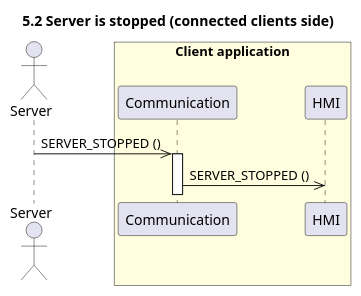
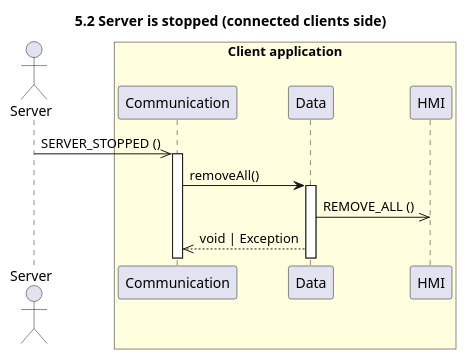
Before and after one commit to UTCAI12/Diagrams: the diagram in sequence/5.2.stop_server_others.puml, drawn with PlantUML. The commit also changed 7 other files, not shown here.

```diff
--- a/sequence/5.2.stop_server_others.puml
+++ b/sequence/5.2.stop_server_others.puml
@@ -1,15 +1,18 @@
 @startuml 5.2 Server is stopped (connected clients side)
 title 5.2 Server is stopped (connected clients side)
 
 actor "Server" as server
 box "Client application" #LightYellow
     participant "Communication" as com
+    participant "Data" as data
     participant "HMI" as hmi
 end box
 
-server ->> com : SERVER_STOPPED ()
+server ->> com++ : SERVER_STOPPED ()
+com -> data++: removeAll()
+data ->> hmi: REMOVE_ALL ()
+data-->> com: void | Exception
 
-activate com
-com ->> hmi : SERVER_STOPPED ()
+
 
 @enduml
```
